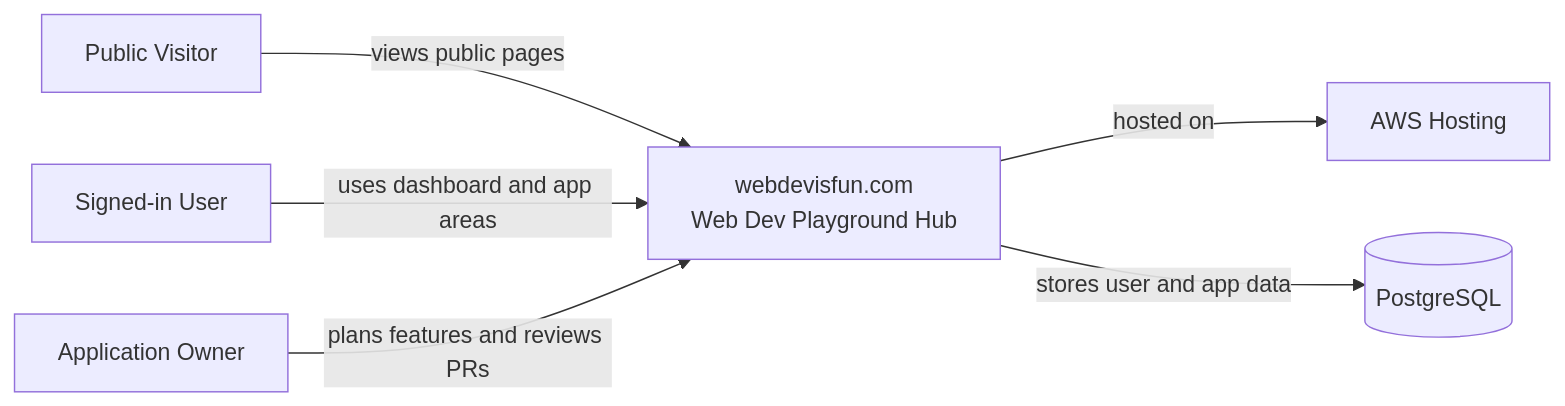
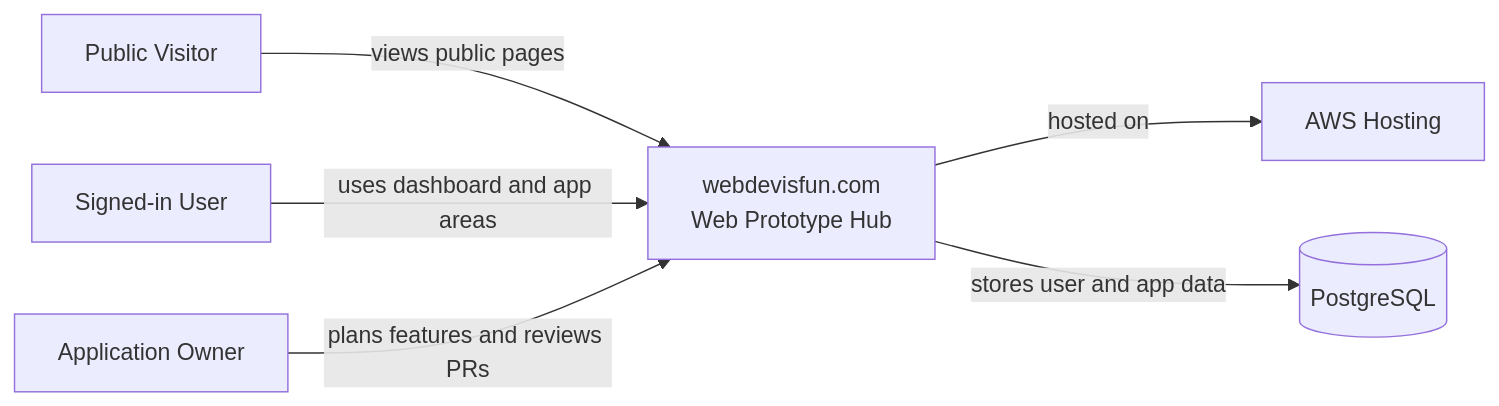
Before and after one commit to radhikari89/codex-demo: the diagram in docs/architecture/c4/system-context.md, drawn with Mermaid. The commit also changed other lines of this file and 40 other files, not shown here.

````diff
--- a/docs/architecture/c4/system-context.md
+++ b/docs/architecture/c4/system-context.md
@@ -5,18 +5,18 @@
 ```mermaid
 flowchart LR
   visitor[Public Visitor]
   user[Signed-in User]
   owner[Application Owner]
 
-  app[webdevisfun.com\nWeb Dev Playground Hub]
+  app[webdevisfun.com\nWeb Prototype Hub]
 
   aws[AWS Hosting]
   postgres[(PostgreSQL)]
 
   visitor -->|views public pages| app
   user -->|uses dashboard and app areas| app
   owner -->|plans features and reviews PRs| app
 
   app -->|hosted on| aws
   app -->|stores user and app data| postgres
 ```
````
